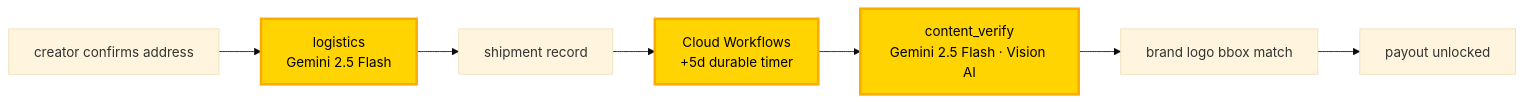
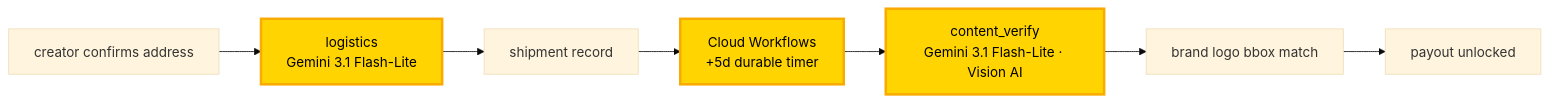
The diagram in scripts/demo/assets/overlays/v2-beat-5.mmd (Two-Weeks-Team/social-seeding-v2-public), drawn with Mermaid (base theme) before and after one commit. The commit also changed 142 other files, not shown here.

```diff
--- a/scripts/demo/assets/overlays/v2-beat-5.mmd
+++ b/scripts/demo/assets/overlays/v2-beat-5.mmd
@@ -1,10 +1,10 @@
 %% Beat 5 — Logistics + verify  (SCRIPT.md §3 Beat 5)
 flowchart LR
-  address[creator confirms address] --> logistics[logistics<br/>Gemini 2.5 Flash]:::active
+  address[creator confirms address] --> logistics[logistics<br/>Gemini 3.1 Flash-Lite]:::active
   logistics --> ship[shipment record]
   ship --> timer[Cloud Workflows<br/>+5d durable timer]:::active
-  timer --> verify[content_verify<br/>Gemini 2.5 Flash · Vision AI]:::active
+  timer --> verify[content_verify<br/>Gemini 3.1 Flash-Lite · Vision AI]:::active
   verify --> bbox[brand logo bbox match]
   bbox --> unlock[payout unlocked]
 
   classDef active fill:#FFD400,stroke:#F9AB00,color:#000,stroke-width:3px;
```
